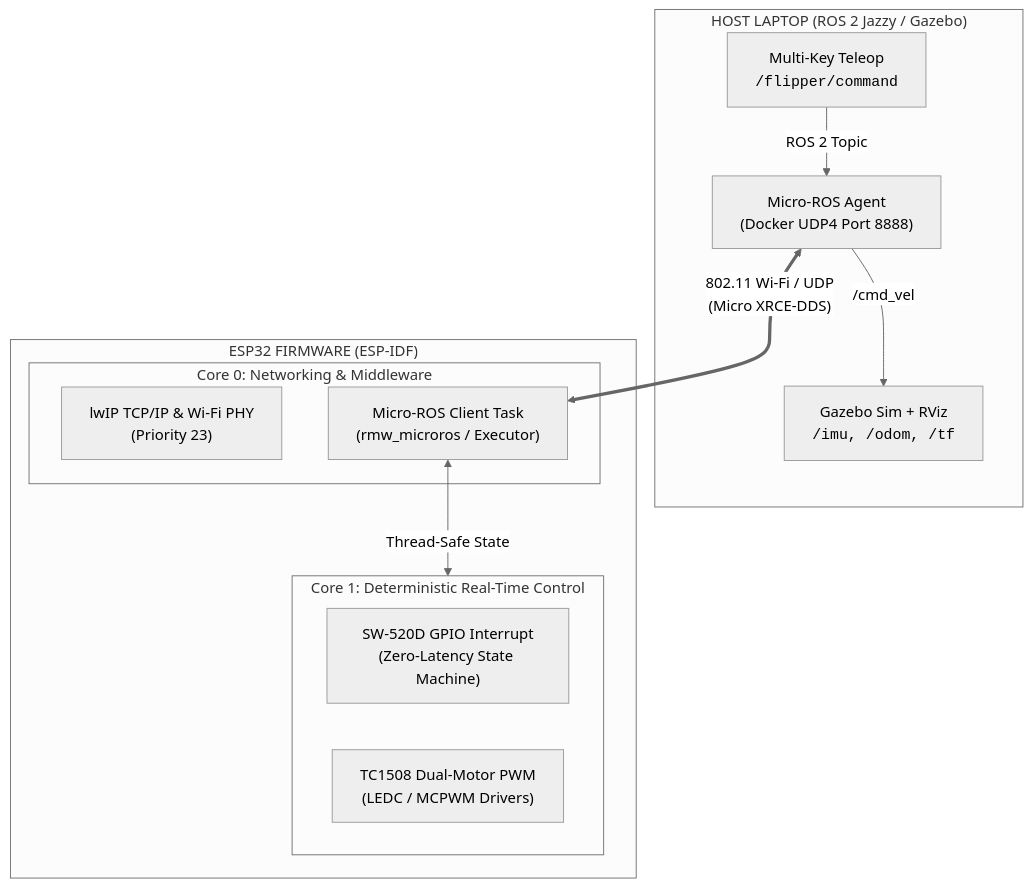
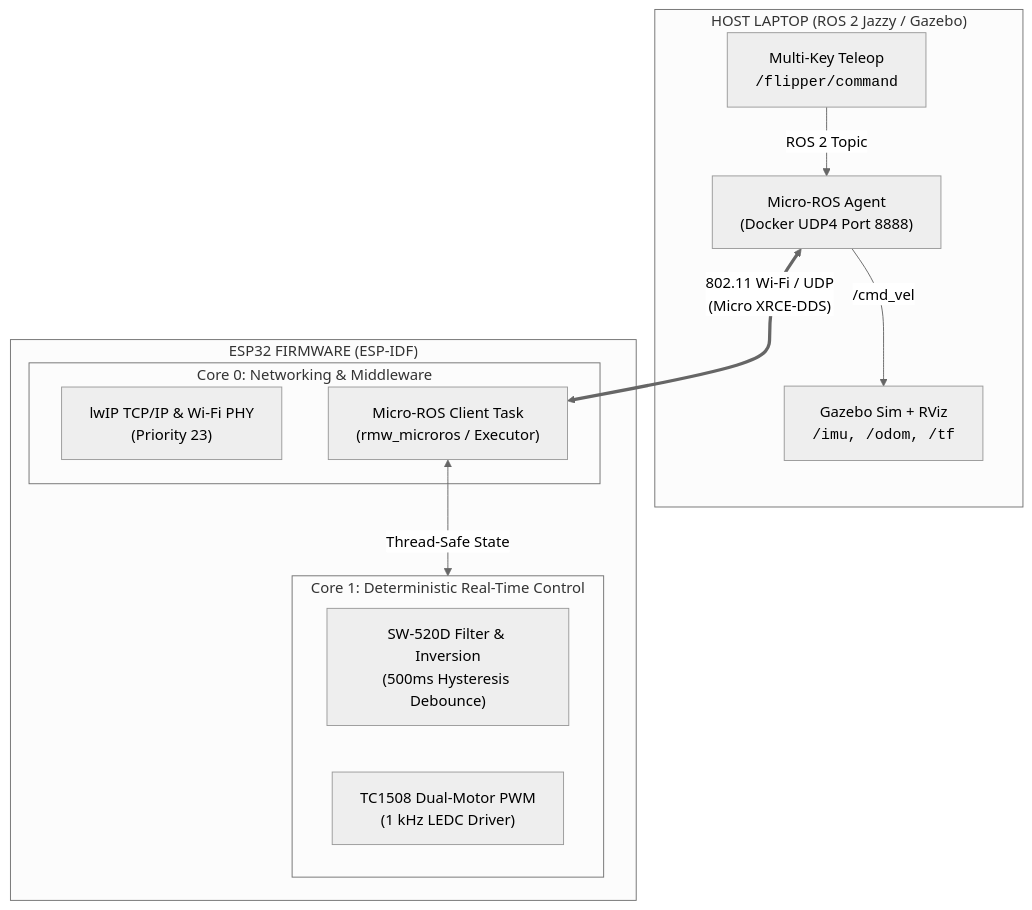
Before and after one commit to Mihaii2/esp32_flipper_car: the diagram in README.md, drawn with Mermaid (neutral theme). The commit also changed other lines of this file and 3 other files, not shown here.

````diff
--- a/README.md
+++ b/README.md
@@ -57,27 +56,27 @@
 ```mermaid
 graph TD
     subgraph Host["HOST LAPTOP (ROS 2 Jazzy / Gazebo)"]
         Teleop["Multi-Key Teleop<br/><code>/flipper/command</code>"]
         Agent["Micro-ROS Agent<br/>(Docker UDP4 Port 8888)"]
         Sim["Gazebo Sim + RViz<br/><code>/imu, /odom, /tf</code>"]
         
         Teleop -->|ROS 2 Topic| Agent
         Agent -->|"/cmd_vel"| Sim
     end
 
     subgraph ESP32["ESP32 FIRMWARE (ESP-IDF)"]
         subgraph Core0["Core 0: Networking & Middleware"]
             WiFi["lwIP TCP/IP & Wi-Fi PHY<br/>(Priority 23)"]
             uROS["Micro-ROS Client Task<br/>(rmw_microros / Executor)"]
         end
 
         subgraph Core1["Core 1: Deterministic Real-Time Control"]
-            Tilt["SW-520D GPIO Interrupt<br/>(Zero-Latency State Machine)"]
-            PWM["TC1508 Dual-Motor PWM<br/>(LEDC / MCPWM Drivers)"]
+            Tilt["SW-520D Filter & Inversion<br/>(500ms Hysteresis Debounce)"]
+            PWM["TC1508 Dual-Motor PWM<br/>(1 kHz LEDC Driver)"]
         end
         
         uROS <-->|Thread-Safe State| Core1
     end
 
     Agent <==>|"802.11 Wi-Fi / UDP<br/>(Micro XRCE-DDS)"| uROS
 ```
````
